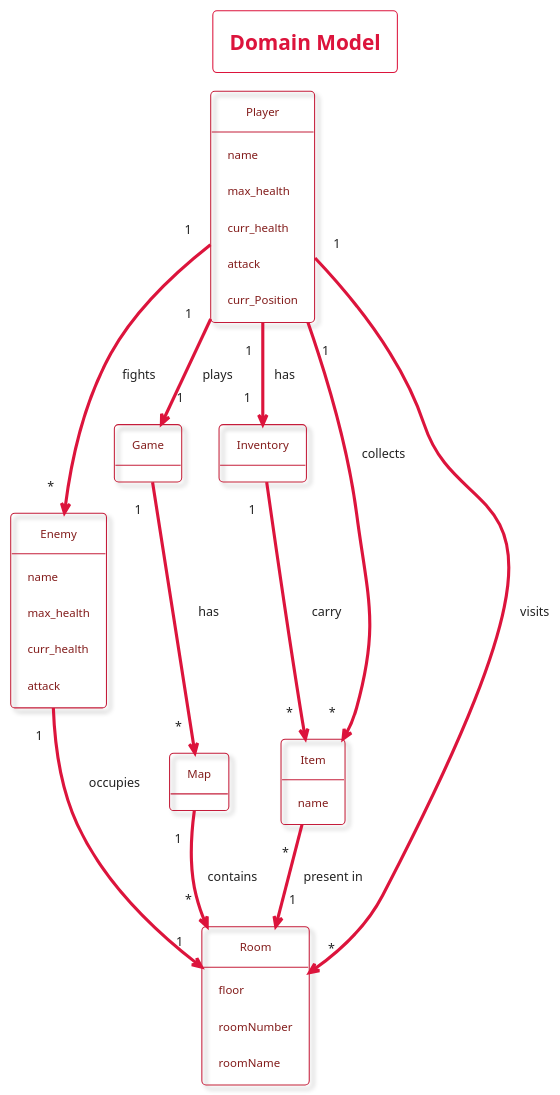
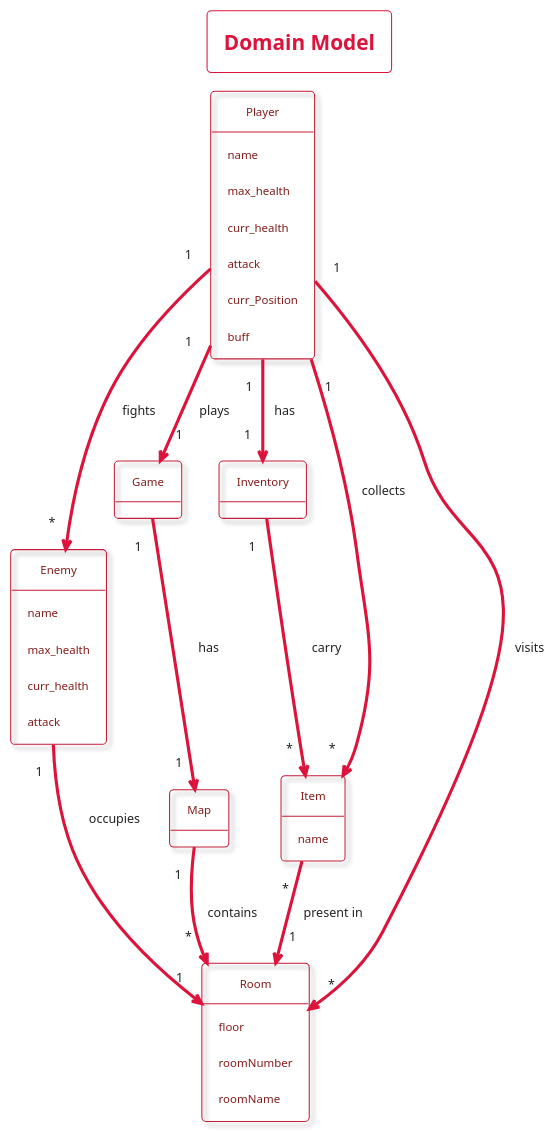
One commit to LimeiGuan/Text_Adventure_Game changed the diagram in docs/uml/DomainModel.plantuml. Above: the diagram before and after it, drawn with PlantUML.

```diff
--- a/docs/uml/DomainModel.plantuml
+++ b/docs/uml/DomainModel.plantuml
@@ -1,61 +1,62 @@
 @startuml DomainModel
 
 !theme materia-outline
 
 skinparam ArrowColor #DC143C
 skinparam BackgroundColor #FFFFFF
 
 skinparam ObjectBorderColor #C41E3A
 skinparam ObjectFontColor #831D1C
 
 skinparam titleBorderColor #DC143C
 skinparam titleFontColor #DC143C
 
 title Domain Model
 
 object Player {
   name
   max_health
   curr_health
   attack
   curr_Position
+  buff
   }
   
 object Enemy{
   name
   max_health
   curr_health
   attack
   }
 
 object Game
 
 object Inventory
 
 object Item {
   name
   }
 
 object Room {
   floor
   roomNumber
   roomName
   }
 
 object Map{
   }
 
 
 Player "1" --> "1" Game: plays
 Player "1" --> "*" Enemy: fights
 Player "1" --> "*" Room: visits
 Player "1" --> "1" Inventory: has
 Player "1" --> "*" Item: collects
 
-Game "1" --> "*" Map: has
+Game "1" --> "1" Map: has
 Item "*" --> "1" Room: present in
 Inventory "1" --> "*" Item: carry
 Map "1" --> "*" Room: contains
 Enemy "1" --> "1" Room: occupies
 
 @enduml
```
